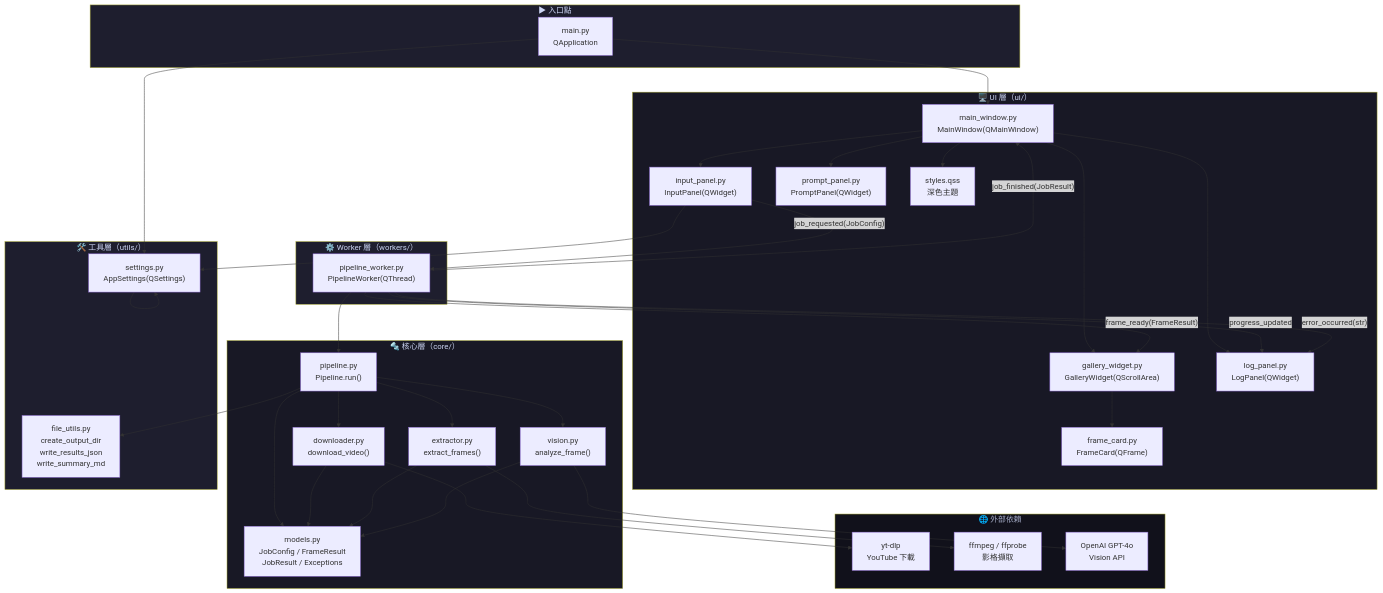
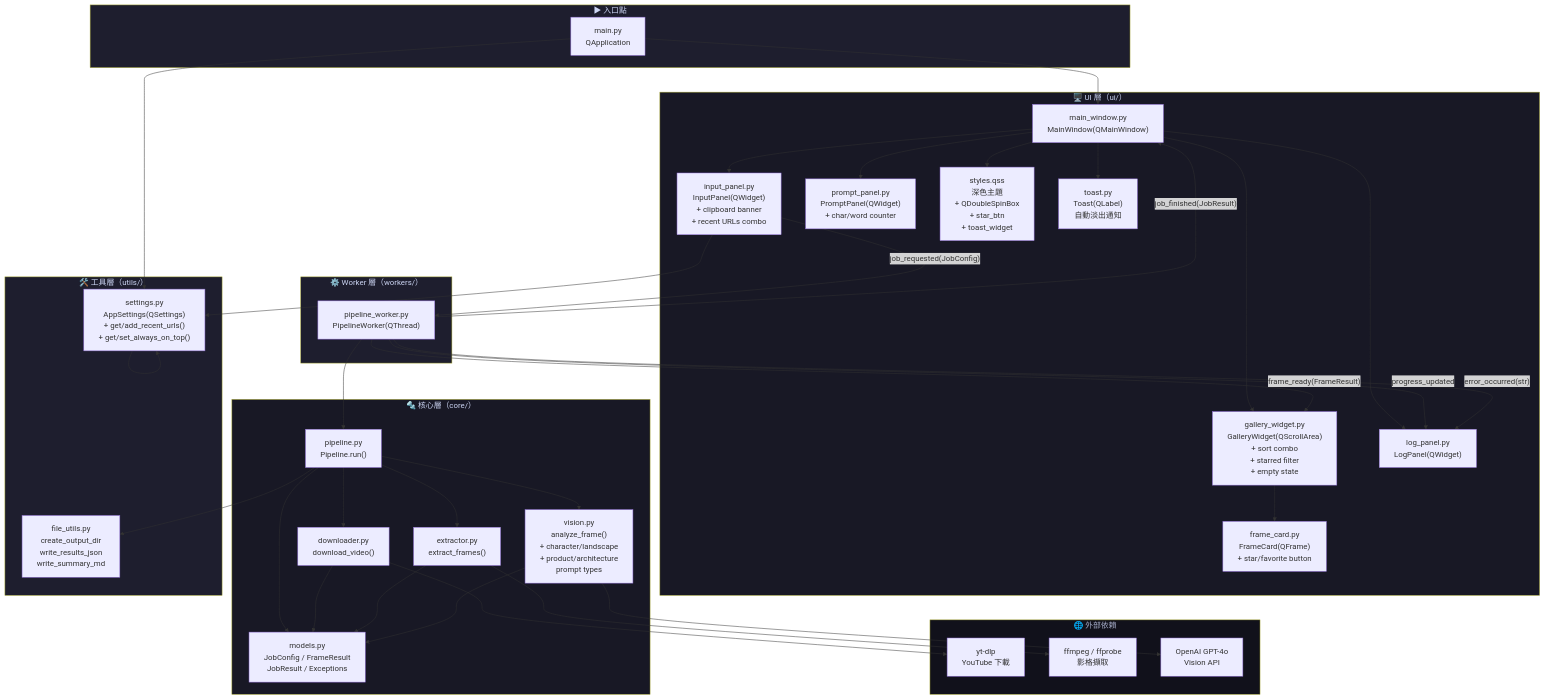
The first of 3 diagrams in KNOWLEDGE_GRAPH.md (luckyegg168/ai-shot-cutter), drawn with Mermaid before and after one commit. The commit also changed other lines of this file and 1 other file, not shown here.

```diff
--- a/KNOWLEDGE_GRAPH.md
+++ b/KNOWLEDGE_GRAPH.md
@@ -10,12 +10,13 @@
 
     subgraph UI["🖥️ UI 層（ui/）"]
         MW["main_window.py\nMainWindow(QMainWindow)"]
-        IP["input_panel.py\nInputPanel(QWidget)"]
-        GW["gallery_widget.py\nGalleryWidget(QScrollArea)"]
-        FC["frame_card.py\nFrameCard(QFrame)"]
-        PP["prompt_panel.py\nPromptPanel(QWidget)"]
+        IP["input_panel.py\nInputPanel(QWidget)\n+ clipboard banner\n+ recent URLs combo"]
+        GW["gallery_widget.py\nGalleryWidget(QScrollArea)\n+ sort combo\n+ starred filter\n+ empty state"]
+        FC["frame_card.py\nFrameCard(QFrame)\n+ star/favorite button"]
+        PP["prompt_panel.py\nPromptPanel(QWidget)\n+ char/word counter"]
         LP["log_panel.py\nLogPanel(QWidget)"]
-        QSS["styles.qss\n深色主題"]
+        QSS["styles.qss\n深色主題\n+ QDoubleSpinBox\n+ star_btn\n+ toast_widget"]
+        TOAST["toast.py\nToast(QLabel)\n自動淡出通知"]
     end
 
     subgraph Workers["⚙️ Worker 層（workers/）"]
@@ -26,13 +27,13 @@
         PL["pipeline.py\nPipeline.run()"]
         DL["downloader.py\ndownload_video()"]
         EX["extractor.py\nextract_frames()"]
-        VI["vision.py\nanalyze_frame()"]
+        VI["vision.py\nanalyze_frame()\n+ character/landscape\n+ product/architecture\n  prompt types"]
         MD["models.py\nJobConfig / FrameResult\nJobResult / Exceptions"]
     end
 
     subgraph Utils["🛠️ 工具層（utils/）"]
         FU["file_utils.py\ncreate_output_dir\nwrite_results_json\nwrite_summary_md"]
-        ST["settings.py\nAppSettings(QSettings)"]
+        ST["settings.py\nAppSettings(QSettings)\n+ get/add_recent_urls()\n+ get/set_always_on_top()"]
     end
 
     subgraph External["🌐 外部依賴"]
@@ -50,6 +51,7 @@
     MW --> GW
     MW --> PP
     MW --> LP
+    MW --> TOAST
     GW --> FC
     MW --> QSS
 
```
